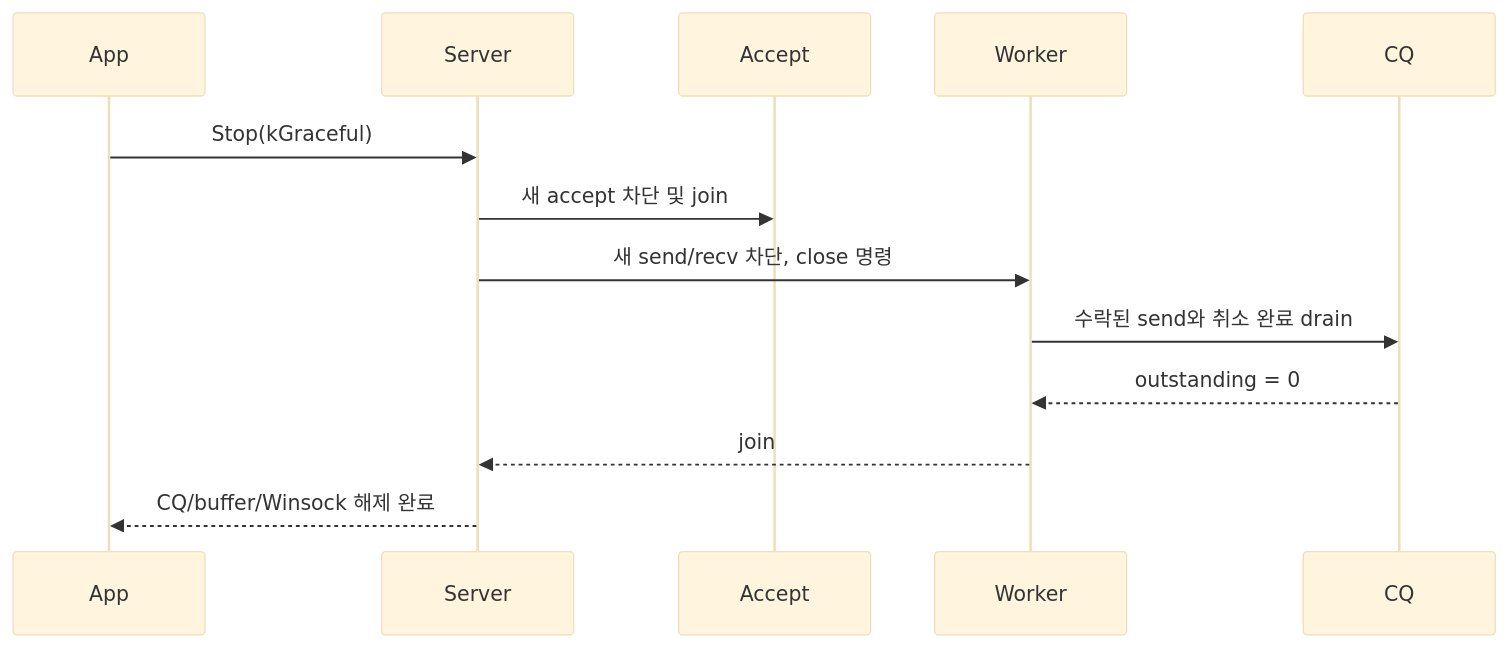
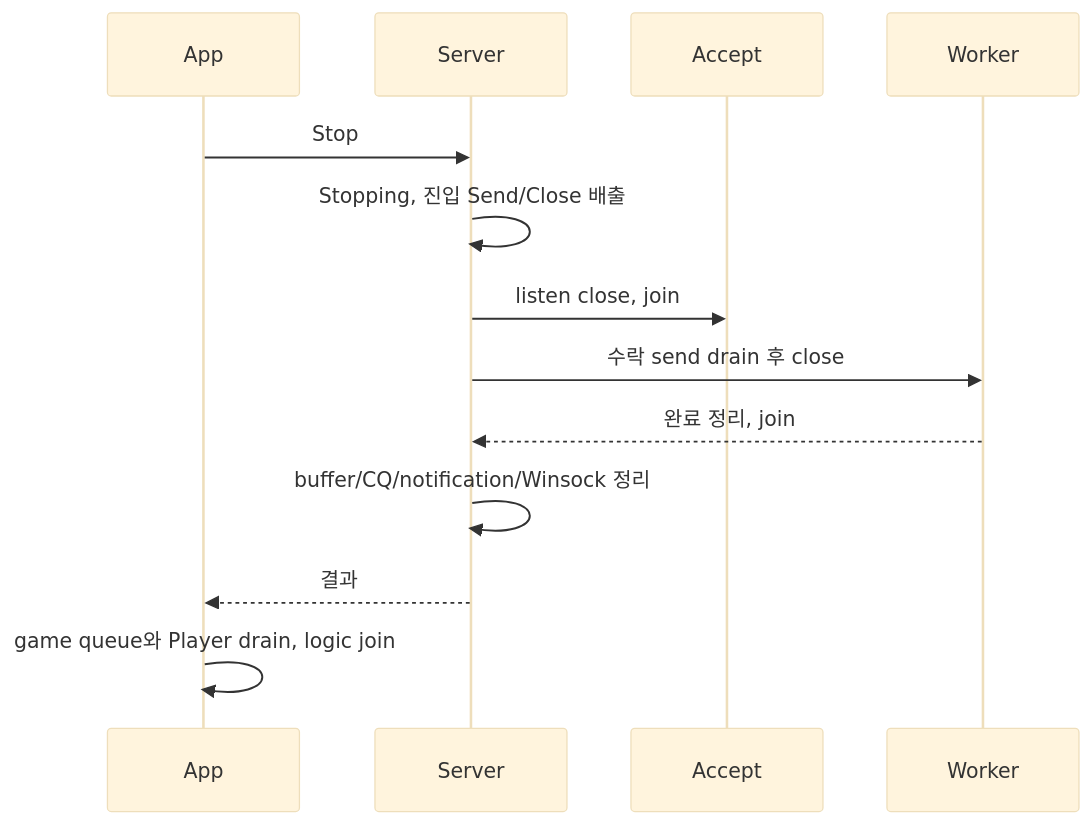
One commit to jacking75/RIONetLite changed the diagram in docs/graceful-shutdown.md. Above: the diagram before and after it, drawn with Mermaid (base theme). The commit also changed other lines of this file and 81 other files, not shown here.

````diff
--- a/docs/graceful-shutdown.md
+++ b/docs/graceful-shutdown.md
@@ -3,15 +5,15 @@
 ```mermaid
 sequenceDiagram
   participant App
   participant Server
   participant Accept
   participant Worker
-  participant CQ
-  App->>Server: Stop(kGraceful)
-  Server->>Accept: 새 accept 차단 및 join
-  Server->>Worker: 새 send/recv 차단, close 명령
-  Worker->>CQ: 수락된 send와 취소 완료 drain
-  CQ-->>Worker: outstanding = 0
-  Worker-->>Server: join
-  Server-->>App: CQ/buffer/Winsock 해제 완료
+  App->>Server: Stop
+  Server->>Server: Stopping, 진입 Send/Close 배출
+  Server->>Accept: listen close, join
+  Server->>Worker: 수락 send drain 후 close
+  Worker-->>Server: 완료 정리, join
+  Server->>Server: buffer/CQ/notification/Winsock 정리
+  Server-->>App: 결과
+  App->>App: game queue와 Player drain, logic join
 ```
````
